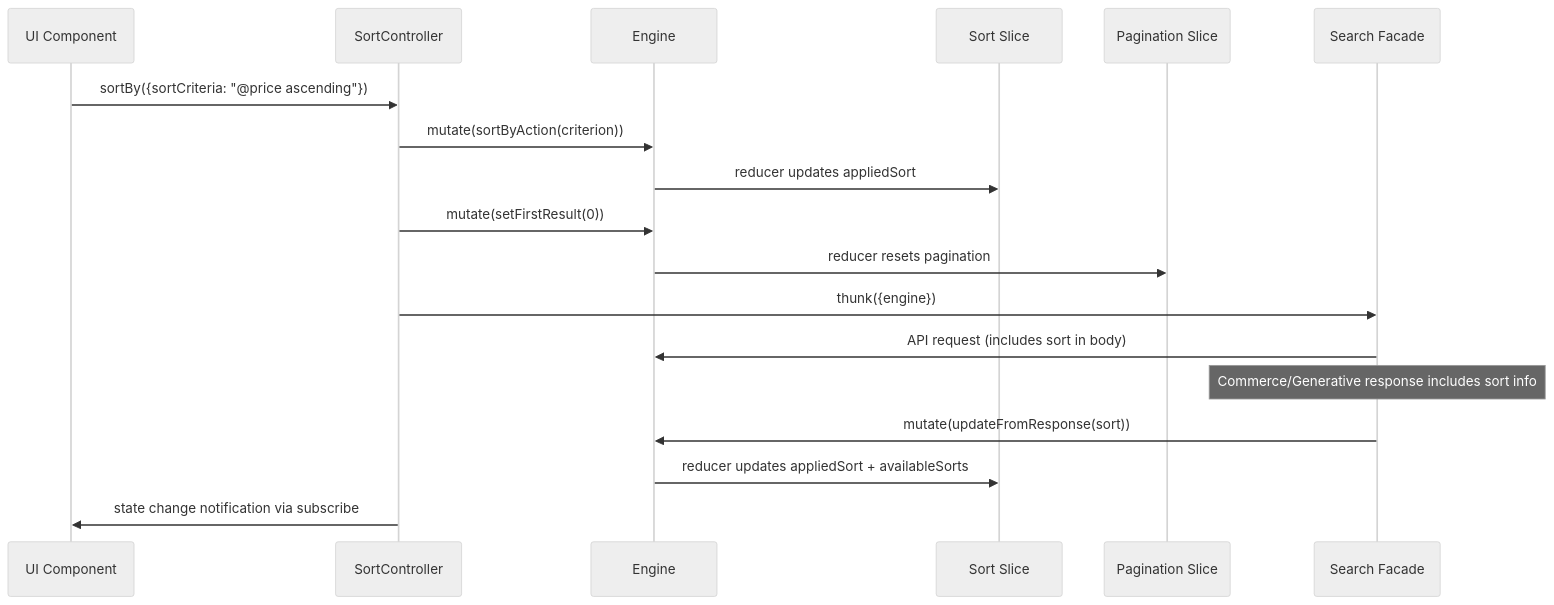
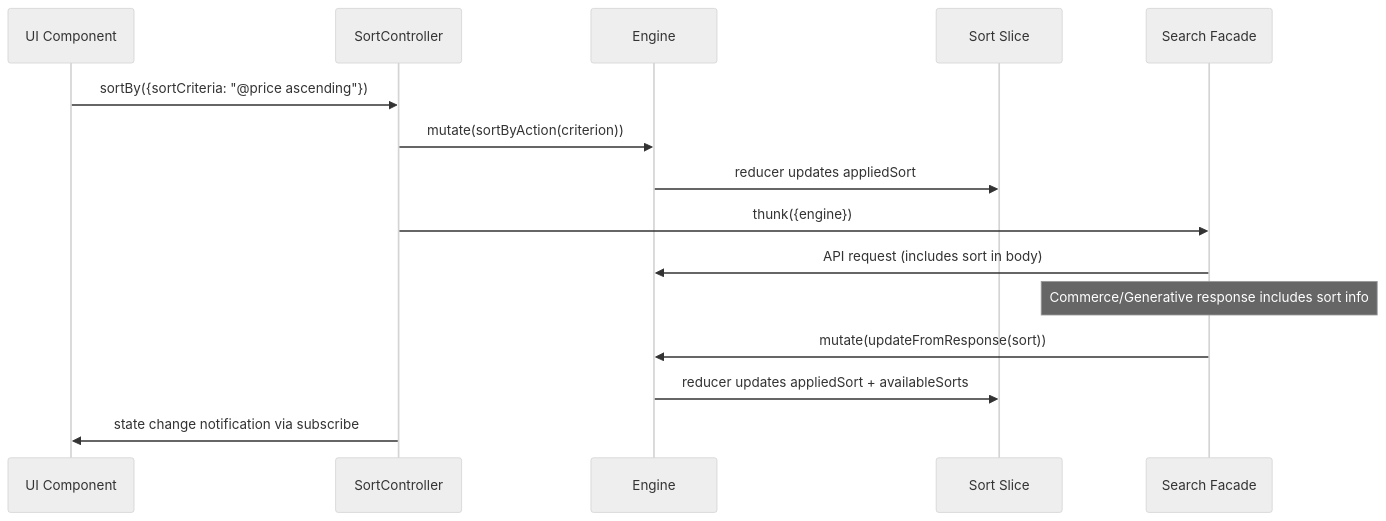
One commit to coveo/ui-kit changed the second of 2 diagrams in .kiro/specs/sort-controller/design.md. Above: the diagram before and after it, drawn with Mermaid (neutral theme). The commit also changed other lines of this file and 1 other file, not shown here.

````diff
--- a/.kiro/specs/sort-controller/design.md
+++ b/.kiro/specs/sort-controller/design.md
@@ -61,21 +58,18 @@
 ```mermaid
 sequenceDiagram
     participant UI as UI Component
     participant CTRL as SortController
     participant ENG as Engine
     participant SLICE as Sort Slice
-    participant PAG as Pagination Slice
     participant FACADE as Search Facade
 
     UI->>CTRL: sortBy({sortCriteria: "@price ascending"})
     CTRL->>ENG: mutate(sortByAction(criterion))
     ENG->>SLICE: reducer updates appliedSort
-    CTRL->>ENG: mutate(setFirstResult(0))
-    ENG->>PAG: reducer resets pagination
     CTRL->>FACADE: thunk({engine})
     FACADE->>ENG: API request (includes sort in body)
     Note over FACADE: Commerce/Generative response includes sort info
     FACADE->>ENG: mutate(updateFromResponse(sort))
     ENG->>SLICE: reducer updates appliedSort + availableSorts
     CTRL->>UI: state change notification via subscribe
 ```
````
